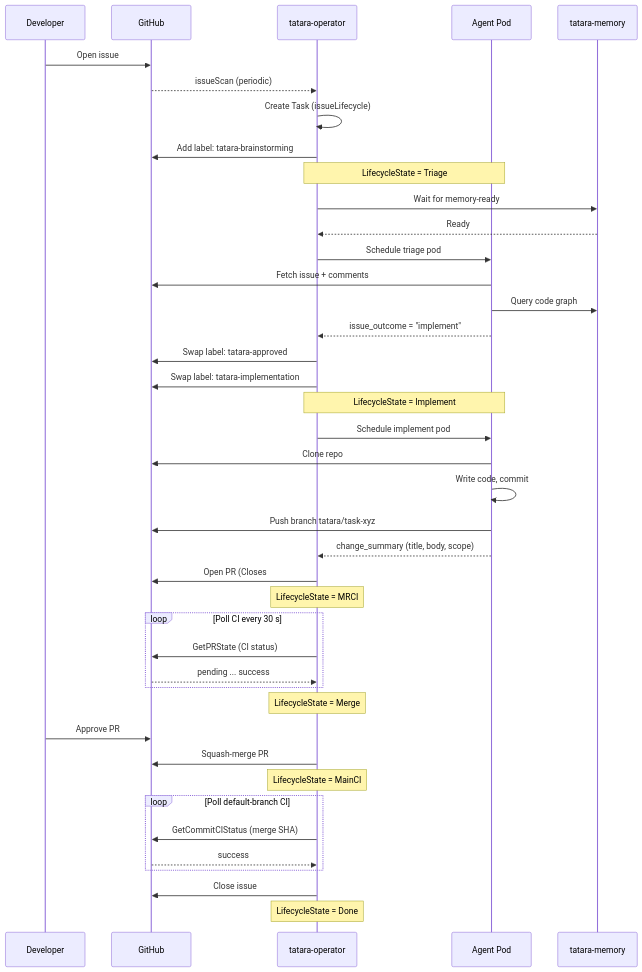
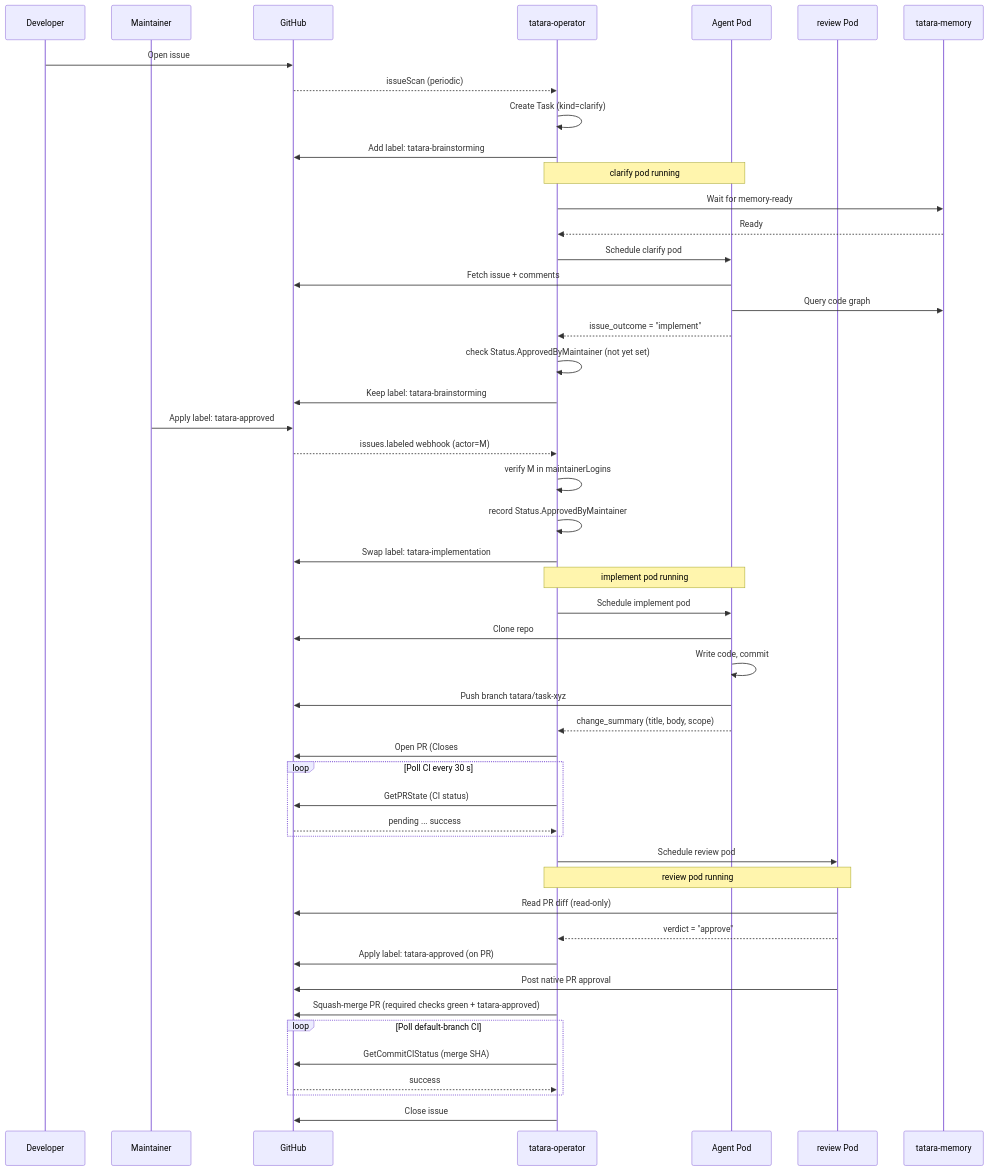
The diagram in docs/explainers/issue-to-pr.md (szymonrychu/tatara-documentation), drawn with Mermaid before and after one commit. The commit also changed other lines of this file and 39 other files, not shown here.

````diff
--- a/docs/explainers/issue-to-pr.md
+++ b/docs/explainers/issue-to-pr.md
@@ -200,56 +225,64 @@
 ```mermaid
 sequenceDiagram
     participant Dev as Developer
+    participant M as Maintainer
     participant GH as GitHub
     participant Op as tatara-operator
     participant Pod as Agent Pod
+    participant Rev as review Pod
     participant Mem as tatara-memory
 
     Dev->>GH: Open issue #42
     GH-->>Op: issueScan (periodic)
-    Op->>Op: Create Task (issueLifecycle)
+    Op->>Op: Create Task (kind=clarify)
     Op->>GH: Add label: tatara-brainstorming
 
-    Note over Op,Pod: LifecycleState = Triage
+    Note over Op,Pod: clarify pod running
 
     Op->>Mem: Wait for memory-ready
     Mem-->>Op: Ready
-    Op->>Pod: Schedule triage pod
+    Op->>Pod: Schedule clarify pod
     Pod->>GH: Fetch issue + comments
     Pod->>Mem: Query code graph
     Pod-->>Op: issue_outcome = "implement"
+    Op->>Op: check Status.ApprovedByMaintainer (not yet set)
+    Op->>GH: Keep label: tatara-brainstorming
 
-    Op->>GH: Swap label: tatara-approved
+    M->>GH: Apply label: tatara-approved
+    GH-->>Op: issues.labeled webhook (actor=M)
+    Op->>Op: verify M in maintainerLogins
+    Op->>Op: record Status.ApprovedByMaintainer
     Op->>GH: Swap label: tatara-implementation
 
-    Note over Op,Pod: LifecycleState = Implement
+    Note over Op,Pod: implement pod running
 
     Op->>Pod: Schedule implement pod
     Pod->>GH: Clone repo
     Pod->>Pod: Write code, commit
     Pod->>GH: Push branch tatara/task-xyz
     Pod-->>Op: change_summary (title, body, scope)
     Op->>GH: Open PR (Closes #42)
 
-    Note over Op: LifecycleState = MRCI
-
     loop Poll CI every 30 s
         Op->>GH: GetPRState (CI status)
         GH-->>Op: pending ... success
     end
 
-    Note over Op: LifecycleState = Merge
+    Op->>Rev: Schedule review pod
 
-    Dev->>GH: Approve PR
-    Op->>GH: Squash-merge PR
+    Note over Op,Rev: review pod running
 
-    Note over Op: LifecycleState = MainCI
+    Rev->>GH: Read PR diff (read-only)
+    Rev-->>Op: verdict = "approve"
+    Op->>GH: Apply label: tatara-approved (on PR)
+    Rev->>GH: Post native PR approval
+
+    Op->>GH: Squash-merge PR (required checks green + tatara-approved)
 
     loop Poll default-branch CI
         Op->>GH: GetCommitCIStatus (merge SHA)
         GH-->>Op: success
     end
 
     Op->>GH: Close issue #42
-    Note over Op: LifecycleState = Done
 ```
````
